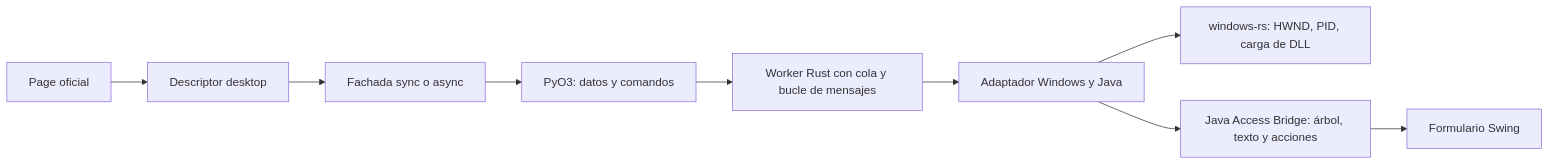
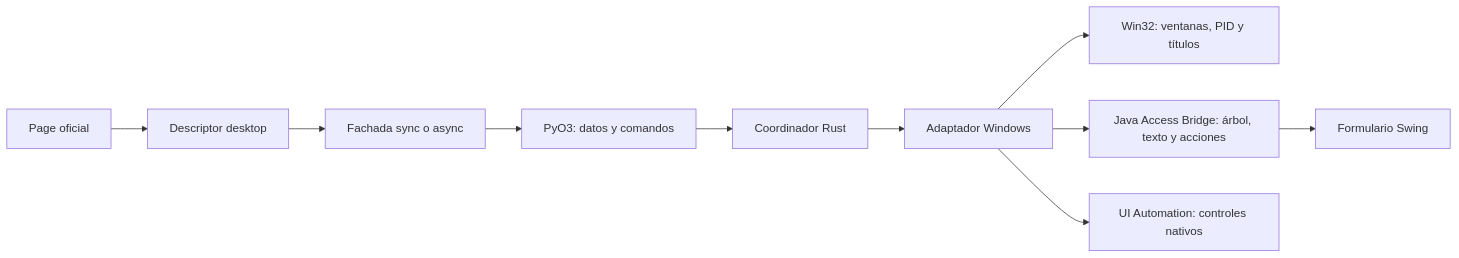
The diagram in docs/superpowers/specs/2026-11-17-libreria-python-rust-design.md (necmc/playwright-desktop), drawn with Mermaid before and after one commit. The commit also changed other lines of this file and 6 other files, not shown here.

````diff
--- a/docs/superpowers/specs/2026-11-17-libreria-python-rust-design.md
+++ b/docs/superpowers/specs/2026-11-17-libreria-python-rust-design.md
@@ -230,11 +167,12 @@
 ```mermaid
 flowchart LR
     P[Page oficial] --> D[Descriptor desktop]
     D --> S[Fachada sync o async]
     S --> B[PyO3: datos y comandos]
-    B --> W[Worker Rust con cola y bucle de mensajes]
-    W --> AD[Adaptador Windows y Java]
-    AD --> N[windows-rs: HWND, PID, carga de DLL]
+    B --> W[Coordinador Rust]
+    W --> AD[Adaptador Windows]
+    AD --> N[Win32: ventanas, PID y títulos]
     AD --> J[Java Access Bridge: árbol, texto y acciones]
+    AD --> U[UI Automation: controles nativos]
     J --> A[Formulario Swing]
 ```
````
